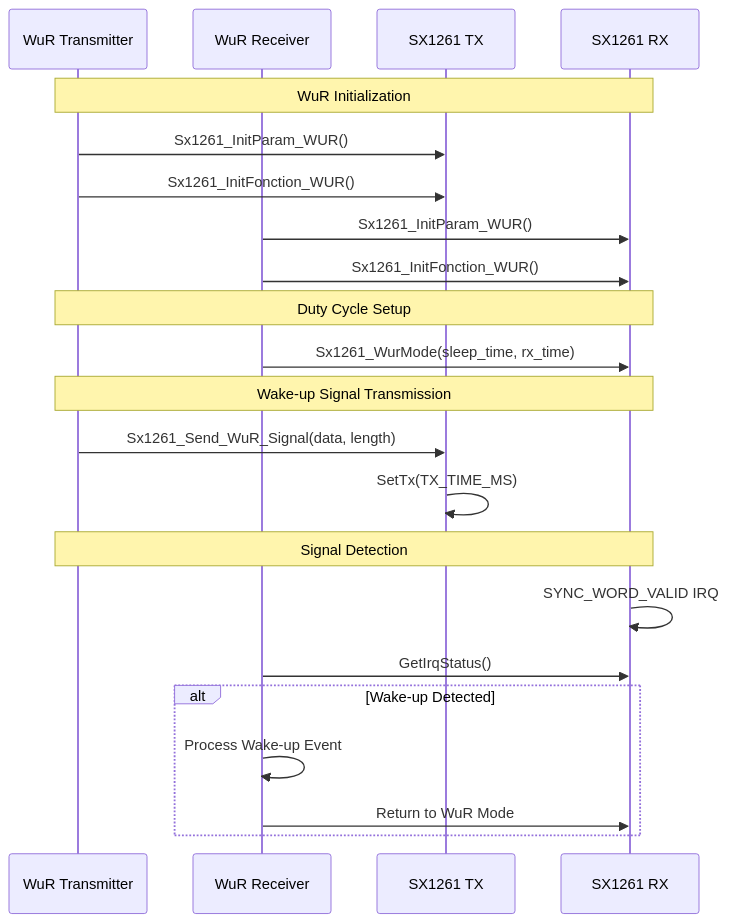
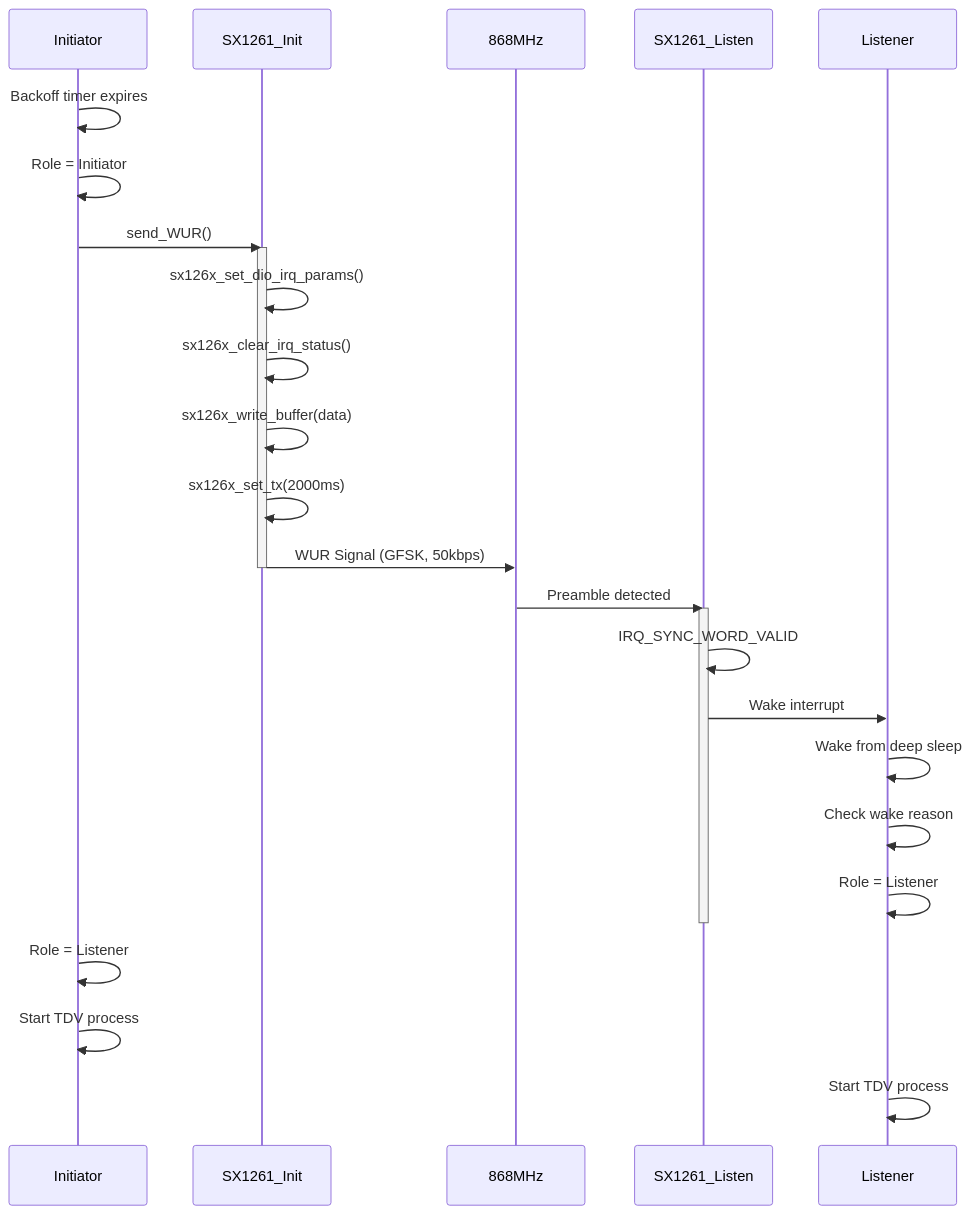
Before and after one commit to kalboussik/project: the fifth of 12 diagrams in README.md, drawn with Mermaid. The commit also changed other lines of this file and 9 other files, not shown here.

````diff
--- a/README.md
+++ b/README.md
@@ -433,29 +253,33 @@
 ```mermaid
 sequenceDiagram
-    participant TX as WuR Transmitter
-    participant RX as WuR Receiver
-    participant Radio_TX as SX1261 TX
-    participant Radio_RX as SX1261 RX
+    participant Init as Initiator
+    participant SX_I as SX1261_Init
+    participant Air as 868MHz
+    participant SX_L as SX1261_Listen
+    participant List as Listener
     
-    Note over TX,Radio_RX: WuR Initialization
-    TX->>Radio_TX: Sx1261_InitParam_WUR()
-    TX->>Radio_TX: Sx1261_InitFonction_WUR()
-    RX->>Radio_RX: Sx1261_InitParam_WUR()
-    RX->>Radio_RX: Sx1261_InitFonction_WUR()
+    Init->>Init: Backoff timer expires
+    Init->>Init: Role = Initiator
     
-    Note over TX,Radio_RX: Duty Cycle Setup
-    RX->>Radio_RX: Sx1261_WurMode(sleep_time, rx_time)
+    Init->>SX_I: send_WUR()
+    activate SX_I
+    SX_I->>SX_I: sx126x_set_dio_irq_params()
+    SX_I->>SX_I: sx126x_clear_irq_status()
+    SX_I->>SX_I: sx126x_write_buffer(data)
+    SX_I->>SX_I: sx126x_set_tx(2000ms)
+    SX_I->>Air: WUR Signal (GFSK, 50kbps)
+    deactivate SX_I
     
-    Note over TX,Radio_RX: Wake-up Signal Transmission
-    TX->>Radio_TX: Sx1261_Send_WuR_Signal(data, length)
-    Radio_TX->>Radio_TX: SetTx(TX_TIME_MS)
+    Air->>SX_L: Preamble detected
+    activate SX_L
+    SX_L->>SX_L: IRQ_SYNC_WORD_VALID
+    SX_L->>List: Wake interrupt
+    List->>List: Wake from deep sleep
+    List->>List: Check wake reason
+    List->>List: Role = Listener
+    deactivate SX_L
     
-    Note over TX,Radio_RX: Signal Detection
-    Radio_RX->>Radio_RX: SYNC_WORD_VALID IRQ
-    RX->>Radio_RX: GetIrqStatus()
-    
-    alt Wake-up Detected
-        RX->>RX: Process Wake-up Event
-        RX->>Radio_RX: Return to WuR Mode
-    end
+    Init->>Init: Role = Listener
+    Init->>Init: Start TDV process
+    List->>List: Start TDV process
 ```
````
